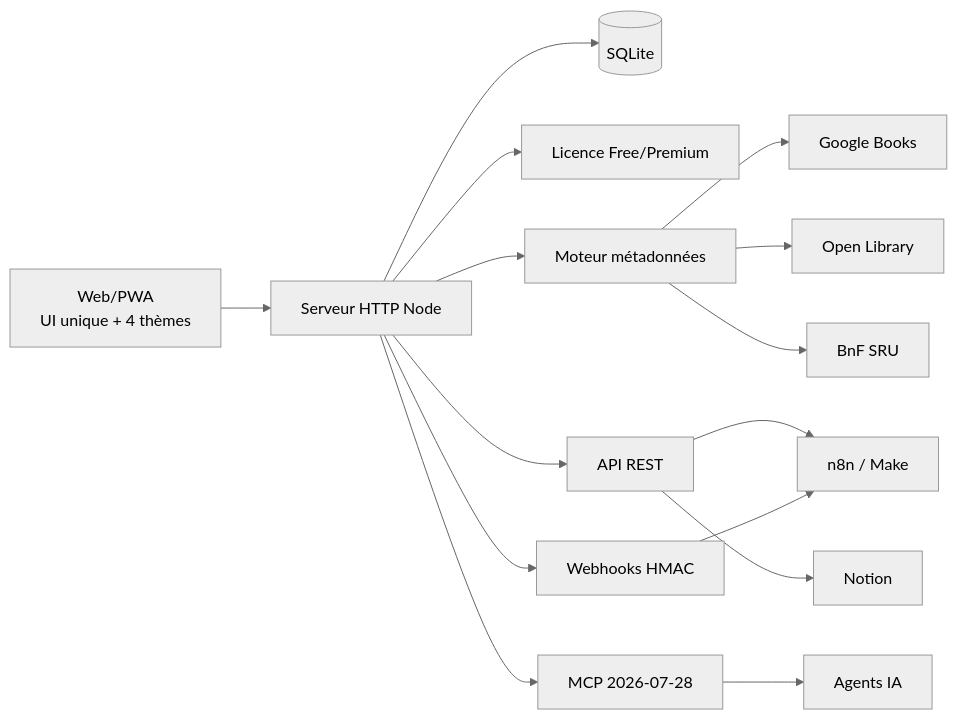
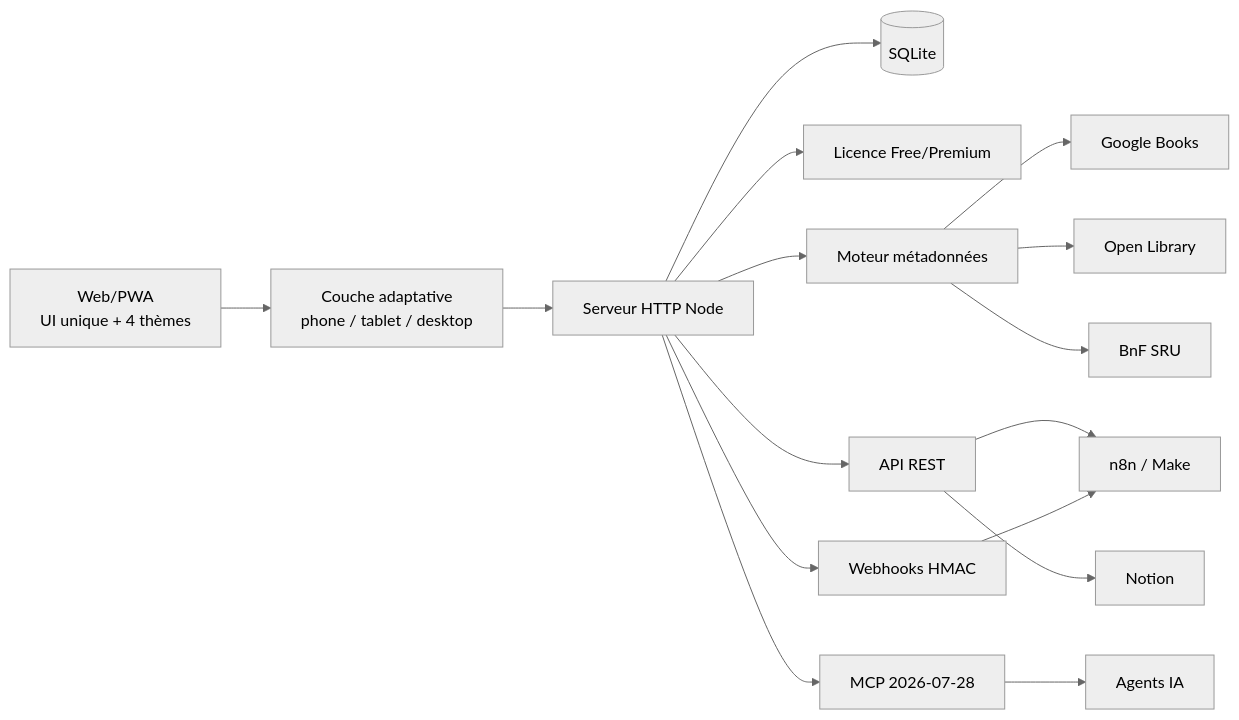
Before and after one commit to Etorrent-Org/Bd-desk: the first of 2 diagrams in docs/ARCHITECTURE.md, drawn with Mermaid (neutral theme). The commit also changed other lines of this file, not shown here.

Commit message:
docs: define adaptive UI architecture

````diff
--- a/docs/ARCHITECTURE.md
+++ b/docs/ARCHITECTURE.md
@@ -5,17 +5,18 @@
 ```mermaid
 flowchart LR
-  PWA[Web/PWA\nUI unique + 4 thèmes] --> HTTP[Serveur HTTP Node]
+  PWA[Web/PWA\nUI unique + 4 thèmes] --> ADAPT[Couche adaptative\nphone / tablet / desktop]
+  ADAPT --> HTTP[Serveur HTTP Node]
   HTTP --> DB[(SQLite)]
   HTTP --> LIC[Licence Free/Premium]
   HTTP --> META[Moteur métadonnées]
   META --> GB[Google Books]
   META --> OL[Open Library]
   META --> BNF[BnF SRU]
   HTTP --> API[API REST]
   HTTP --> MCP[MCP 2026-07-28]
   HTTP --> WH[Webhooks HMAC]
   API --> N8N[n8n / Make]
   WH --> N8N
   API --> NOTION[Notion]
   MCP --> AI[Agents IA]
 ```
````
